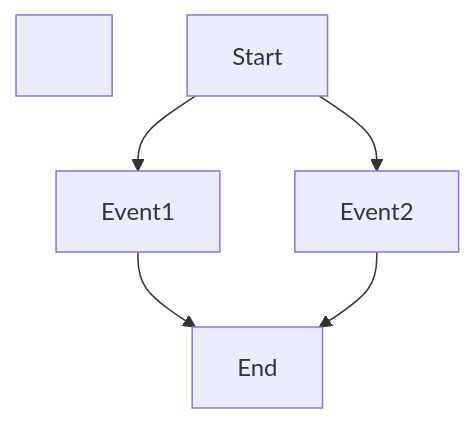
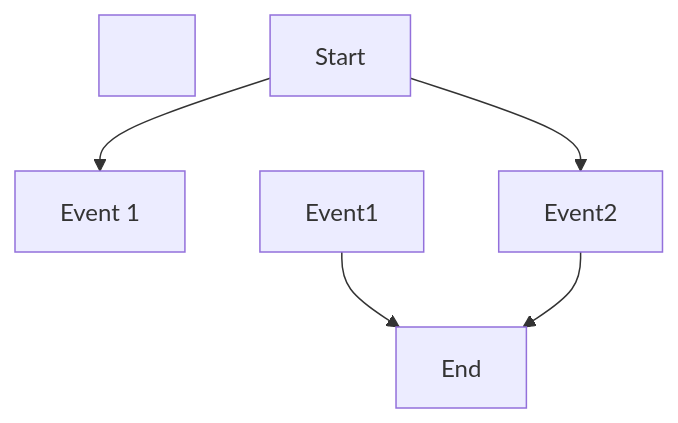
The diagram in README.md (LbsLundAW/DiceGame-Examples), drawn with Mermaid before and after one commit.

````diff
--- a/README.md
+++ b/README.md
@@ -7,13 +7,13 @@
 ```mermaid
 
 flowchart TD;
 
-&nbsp;	Start-->Event1;
+&nbsp;	Start-->Event1\[Event 1];
 
 &nbsp;	Start-->Event2;
 
 &nbsp;	Event1-->End;
 
 &nbsp;	Event2-->End;
 
 ```
````
